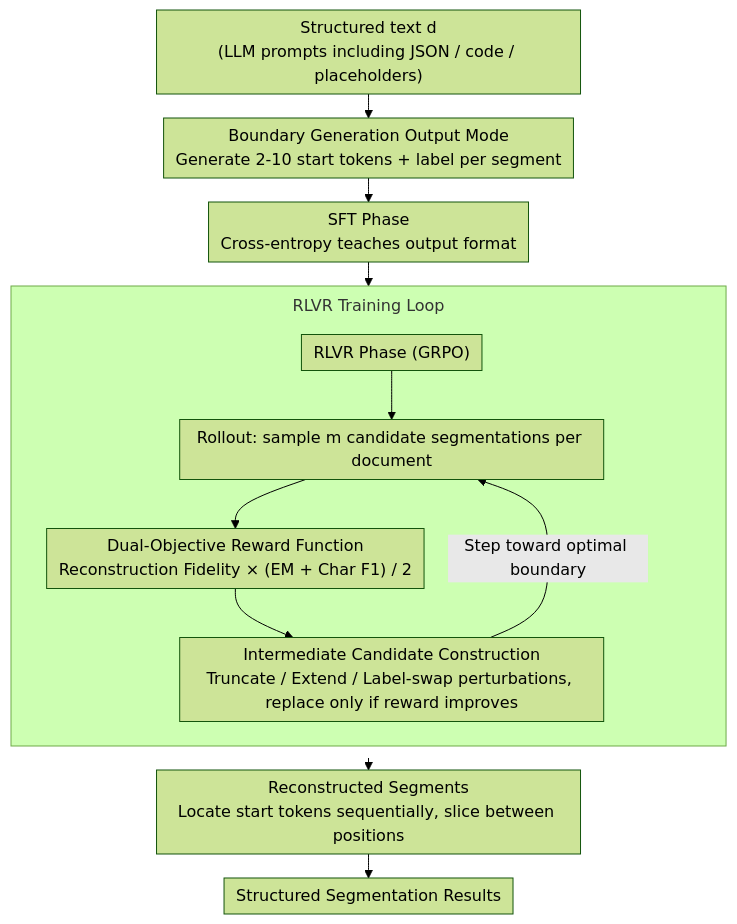
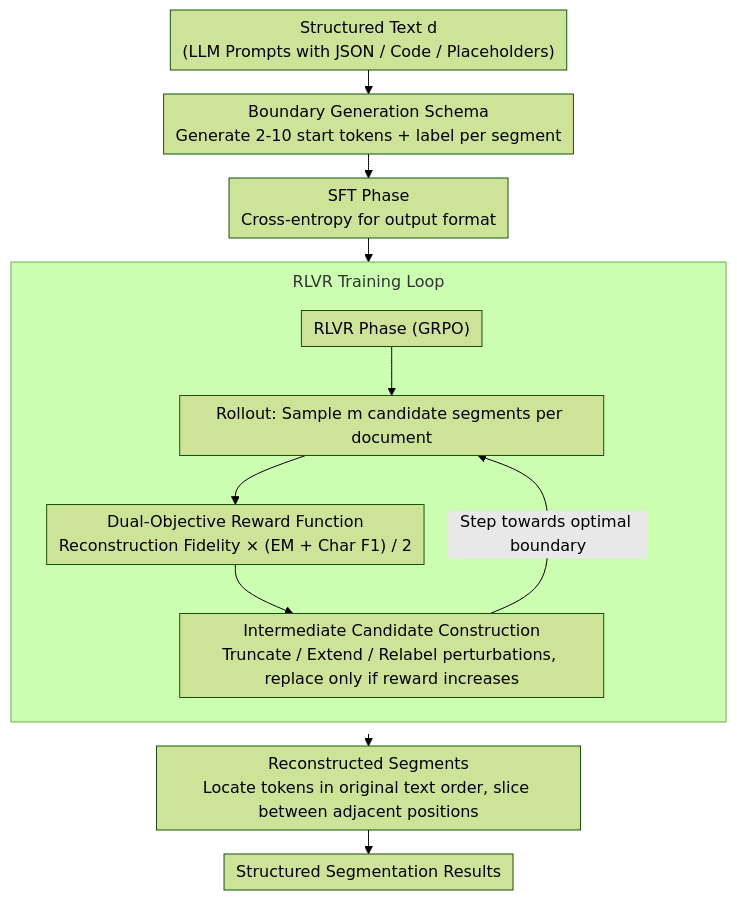
The diagram in docs/ACL2026/nlp_understanding/boundrl_efficient_structured_text_segmentation_through_reinforced_boundary_gener.md (zhaoyang97/Paper-Notes-en), drawn with Mermaid (forest theme) before and after one commit. The commit also changed other lines of this file and 5084 other files, not shown here.

````diff
--- a/docs/ACL2026/nlp_understanding/boundrl_efficient_structured_text_segmentation_through_reinforced_boundary_gener.md
+++ b/docs/ACL2026/nlp_understanding/boundrl_efficient_structured_text_segmentation_through_reinforced_boundary_gener.md
@@ -45,16 +45,16 @@
 ```mermaid
 %%{init: {'flowchart': {'rankSpacing': 24, 'nodeSpacing': 28, 'padding': 6, 'wrappingWidth': 400, 'subGraphTitleMargin': {'top': 8, 'bottom': 16}}}}%%
 flowchart TD
-    A["Structured text d<br/>(LLM prompts including JSON / code / placeholders)"] --> B["Boundary Generation Output Mode<br/>Generate 2-10 start tokens + label per segment"]
-    B --> C["SFT Phase<br/>Cross-entropy teaches output format"]
+    A["Structured Text d<br/>(LLM Prompts with JSON / Code / Placeholders)"] --> B["Boundary Generation Schema<br/>Generate 2-10 start tokens + label per segment"]
+    B --> C["SFT Phase<br/>Cross-entropy for output format"]
     C --> D["RLVR Phase (GRPO)"]
     subgraph RL["RLVR Training Loop"]
         direction TB
-        D --> E["Rollout: sample m candidate segmentations per document"]
+        D --> E["Rollout: Sample m candidate segments per document"]
         E --> F["Dual-Objective Reward Function<br/>Reconstruction Fidelity × (EM + Char F1) / 2"]
-        F --> G["Intermediate Candidate Construction<br/>Truncate / Extend / Label-swap perturbations, replace only if reward improves"]
-        G -->|Step toward optimal boundary| E
+        F --> G["Intermediate Candidate Construction<br/>Truncate / Extend / Relabel perturbations, replace only if reward increases"]
+        G -->|Step towards optimal boundary| E
     end
-    RL --> H["Reconstructed Segments<br/>Locate start tokens sequentially, slice between positions"]
+    RL --> H["Reconstructed Segments<br/>Locate tokens in original text order, slice between adjacent positions"]
     H --> I["Structured Segmentation Results"]
 ```
````
